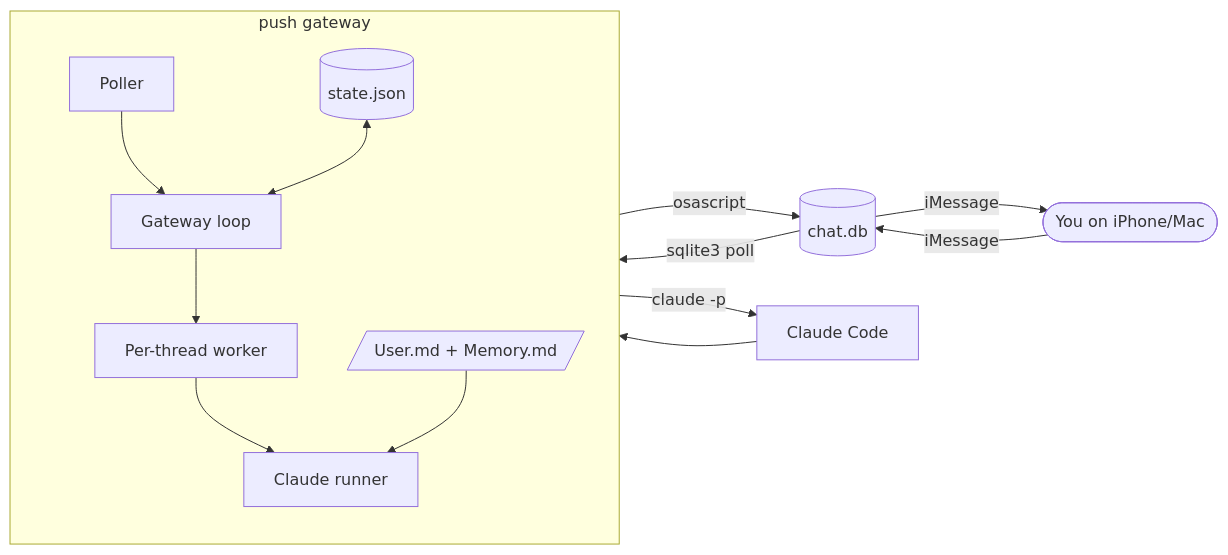
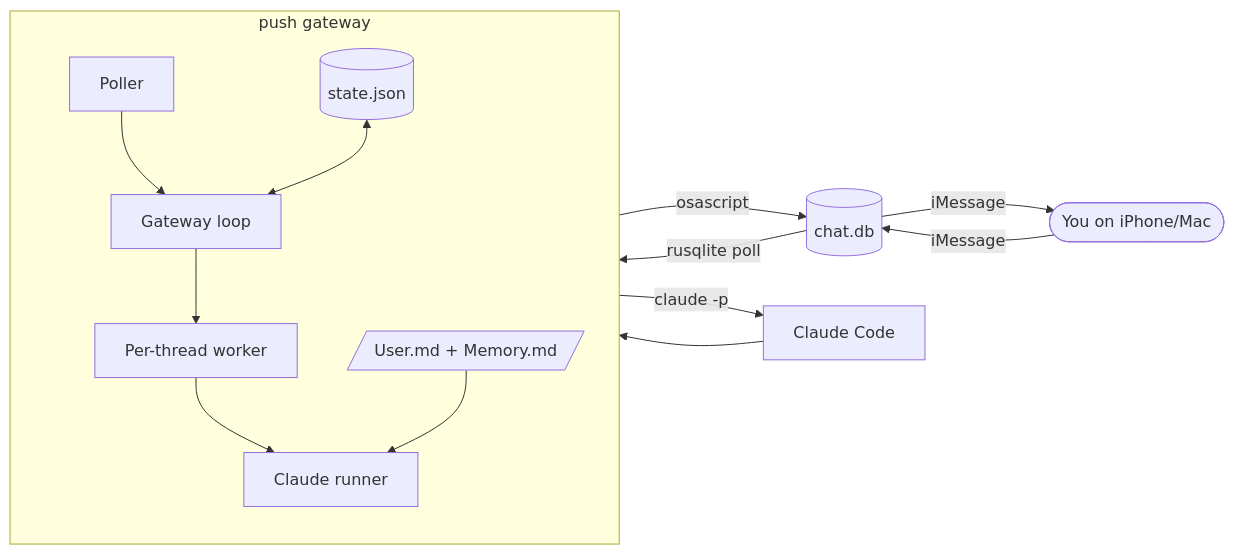
One commit to owainlewis/push changed the first of 7 diagrams in docs/architecture.md. Above: the diagram before and after it, drawn with Mermaid. The commit also changed other lines of this file and 29 other files, not shown here.

````diff
--- a/docs/architecture.md
+++ b/docs/architecture.md
@@ -34,17 +34,17 @@
 ```mermaid
 flowchart LR
     user([You on iPhone/Mac]) -->|iMessage| db[(chat.db)]
-    db -->|sqlite3 poll| push
+    db -->|rusqlite poll| push
     subgraph push[push gateway]
         direction TB
         poller[Poller] --> loop[Gateway loop]
         loop --> worker[Per-thread worker]
         worker --> runner[Claude runner]
         store[(state.json)] <--> loop
         mem[/User.md + Memory.md/] --> runner
     end
     runner -->|claude -p| cc[Claude Code]
     cc --> runner
     worker -->|osascript| db
     db -->|iMessage| user
 ```
````
